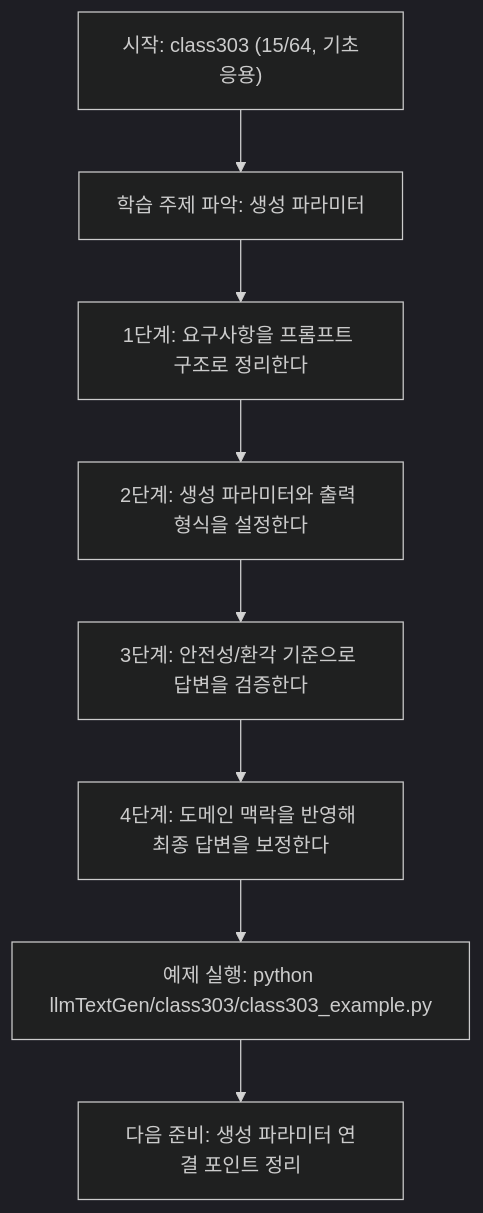
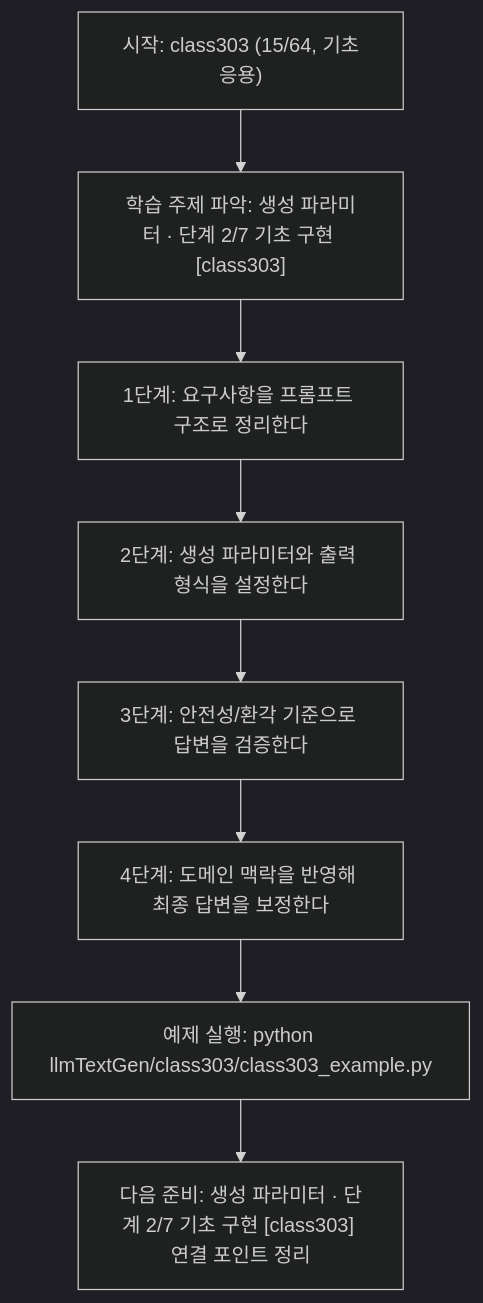
Before and after one commit to edumgt/Python-AI_Agent-Class: the diagram in llmTextGen/class303/class303.md, drawn with Mermaid (dark theme). The commit also changed other lines of this file and 522 other files, not shown here.

````diff
--- a/llmTextGen/class303/class303.md
+++ b/llmTextGen/class303/class303.md
@@ -112,18 +113,18 @@
 ```mermaid
 flowchart TD
 N1["시작: class303 (15/64, 기초응용)"]
-N2["학습 주제 파악: 생성 파라미터"]
+N2["학습 주제 파악: 생성 파라미터 · 단계 2/7 기초 구현 [class303]"]
 N3["1단계: 요구사항을 프롬프트 구조로 정리한다"]
 N4["2단계: 생성 파라미터와 출력 형식을 설정한다"]
 N5["3단계: 안전성/환각 기준으로 답변을 검증한다"]
 N6["4단계: 도메인 맥락을 반영해 최종 답변을 보정한다"]
 N7["예제 실행: python llmTextGen/class303/class303_example.py"]
-N8["다음 준비: 생성 파라미터 연결 포인트 정리"]
+N8["다음 준비: 생성 파라미터 · 단계 2/7 기초 구현 [class303] 연결 포인트 정리"]
 N1 --> N2
 N2 --> N3
 N3 --> N4
 N4 --> N5
 N5 --> N6
 N6 --> N7
 N7 --> N8
 ```
````
